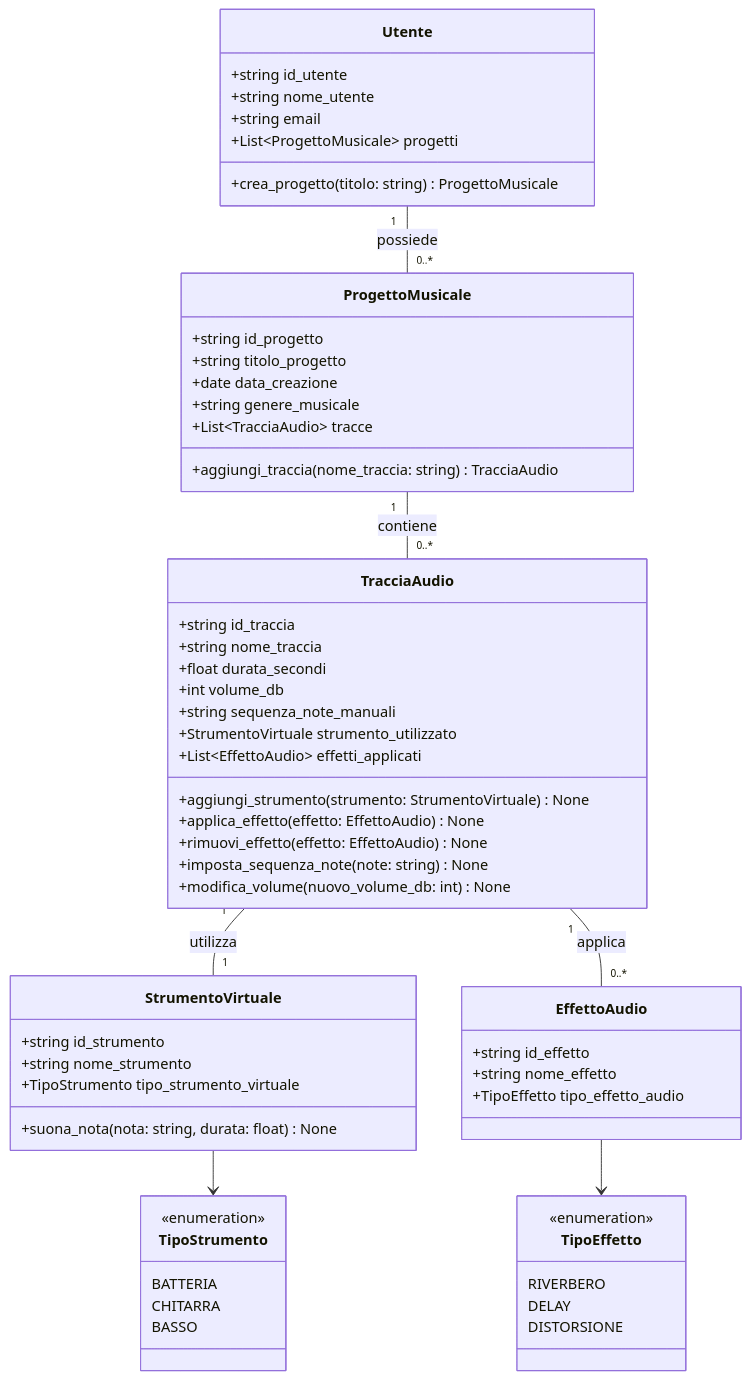
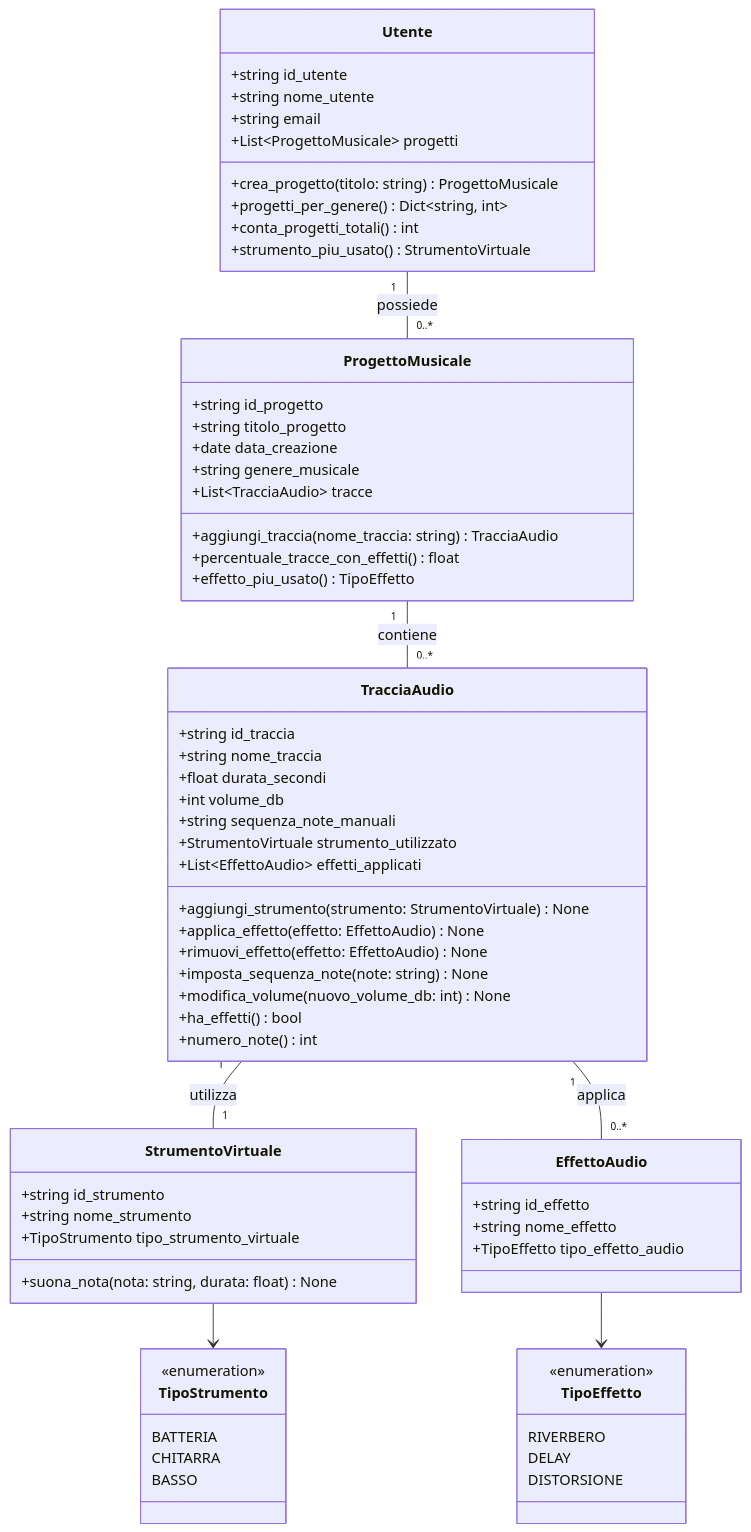
The diagram in esercizio_34/e35.md (CristianMonticelli/io), drawn with Mermaid before and after one commit. The commit also changed 2 other files, not shown here.

````diff
--- a/esercizio_34/e35.md
+++ b/esercizio_34/e35.md
@@ -1,69 +1,76 @@
 ```mermaid
 classDiagram
     class Utente {
         +string id_utente
         +string nome_utente
         +string email
         +List~ProgettoMusicale~ progetti
         +crea_progetto(titolo: string) ProgettoMusicale
+        +progetti_per_genere() Dict~string, int~
+        +conta_progetti_totali() int
+        +strumento_piu_usato() StrumentoVirtuale
     }
 
     class ProgettoMusicale {
         +string id_progetto
         +string titolo_progetto
         +date data_creazione
         +string genere_musicale
         +List~TracciaAudio~ tracce
         +aggiungi_traccia(nome_traccia: string) TracciaAudio
+        +percentuale_tracce_con_effetti() float
+        +effetto_piu_usato() TipoEffetto
     }
 
     class TracciaAudio {
         +string id_traccia
         +string nome_traccia
         +float durata_secondi
         +int volume_db
         +string sequenza_note_manuali
         +StrumentoVirtuale strumento_utilizzato
         +List~EffettoAudio~ effetti_applicati
         +aggiungi_strumento(strumento: StrumentoVirtuale) None
         +applica_effetto(effetto: EffettoAudio) None
         +rimuovi_effetto(effetto: EffettoAudio) None
         +imposta_sequenza_note(note: string) None
         +modifica_volume(nuovo_volume_db: int) None
+        +ha_effetti() bool
+        +numero_note() int
     }
 
     class StrumentoVirtuale {
         +string id_strumento
         +string nome_strumento
         +TipoStrumento tipo_strumento_virtuale
         +suona_nota(nota: string, durata: float) None
     }
 
     class EffettoAudio {
         +string id_effetto
         +string nome_effetto
         +TipoEffetto tipo_effetto_audio
     }
 
     class TipoStrumento {
         <<enumeration>>
         BATTERIA
         CHITARRA
         BASSO
     }
 
     class TipoEffetto {
         <<enumeration>>
         RIVERBERO
         DELAY
         DISTORSIONE
     }
 
     Utente "1" -- "0..*" ProgettoMusicale : possiede
     ProgettoMusicale "1" -- "0..*" TracciaAudio : contiene
     TracciaAudio "1" -- "1" StrumentoVirtuale : utilizza
     TracciaAudio "1" -- "0..*" EffettoAudio : applica
 
     StrumentoVirtuale --> TipoStrumento
     EffettoAudio --> TipoEffetto
 ```
````
